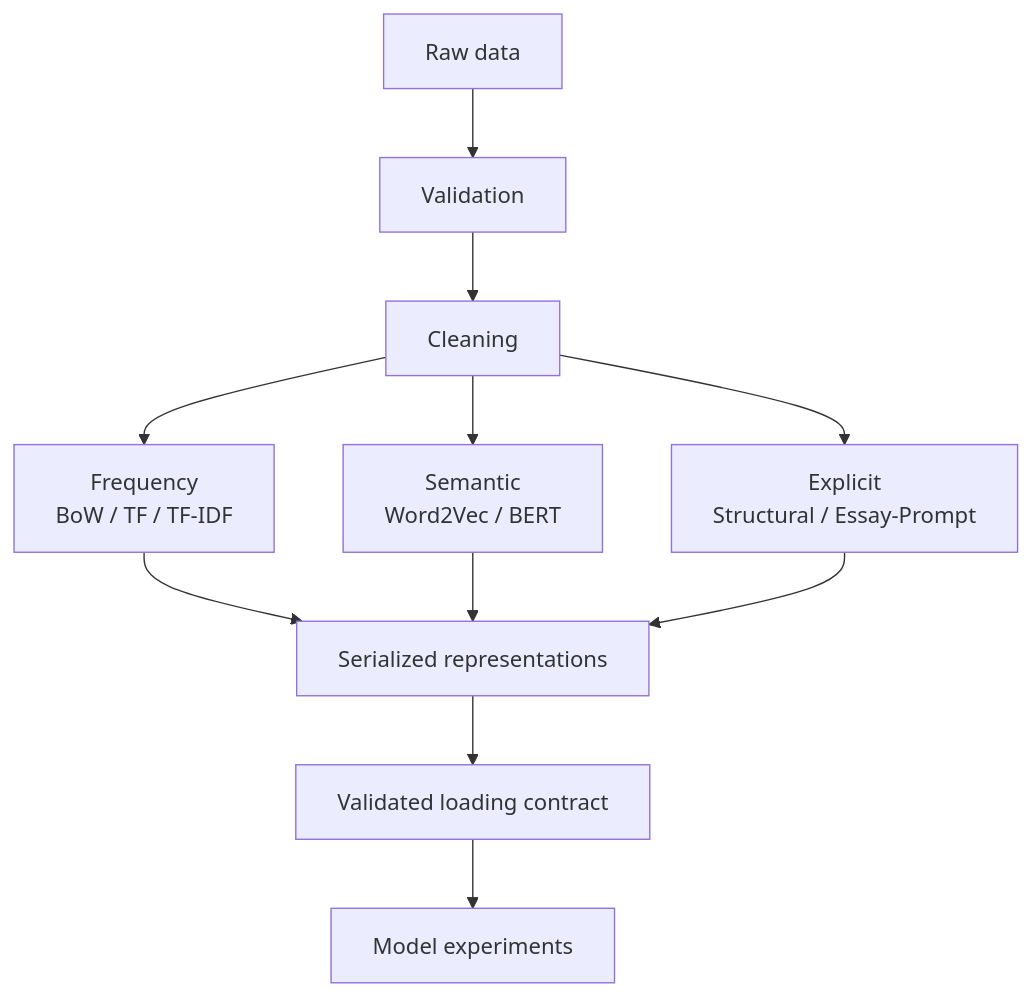
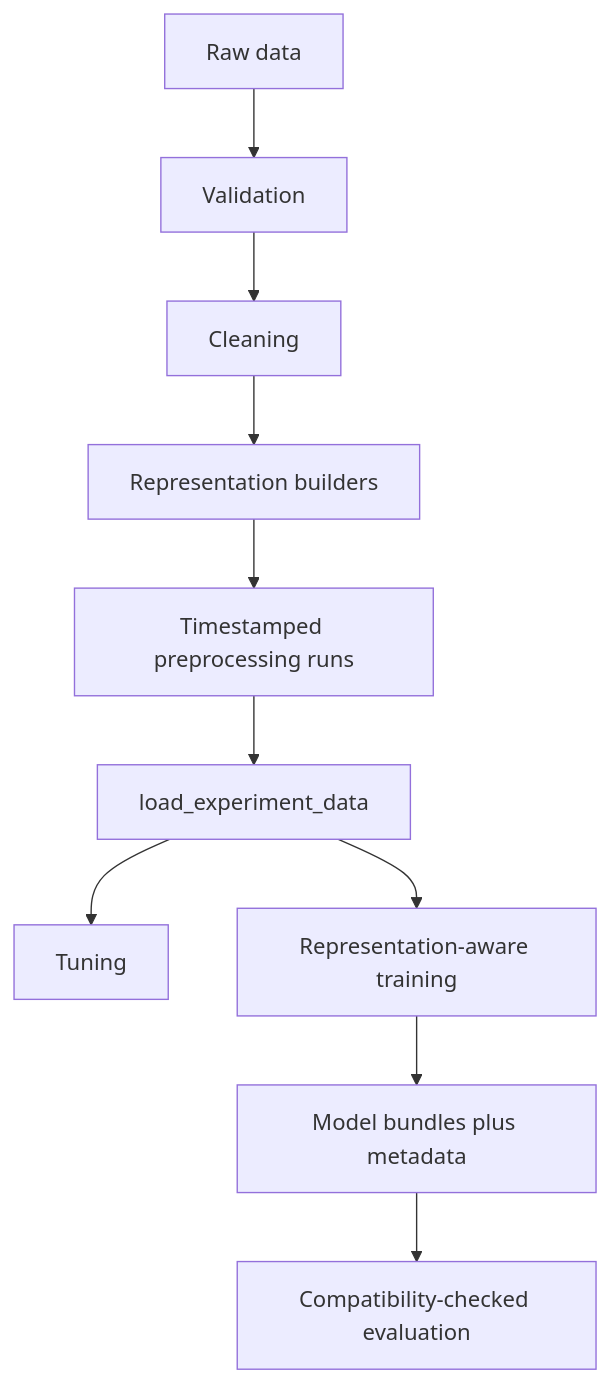
Before and after one commit to danilodepadua/projetodemineracaodetexto: the diagram in docs/architecture.md, drawn with Mermaid. The commit also changed other lines of this file and 12 other files, not shown here.

````diff
--- a/docs/architecture.md
+++ b/docs/architecture.md
@@ -3,13 +3,12 @@
 ```mermaid
 flowchart TD
     raw[Raw data] --> validation[Validation]
     validation --> cleaning[Cleaning]
-    cleaning --> frequency[Frequency\nBoW / TF / TF-IDF]
-    cleaning --> semantic[Semantic\nWord2Vec / BERT]
-    cleaning --> explicit[Explicit\nStructural / Essay-Prompt]
-    frequency --> artifacts[Serialized representations]
-    semantic --> artifacts
-    explicit --> artifacts
-    artifacts --> loader[Validated loading contract]
-    loader --> models[Model experiments]
+    cleaning --> representations[Representation builders]
+    representations --> runs[Timestamped preprocessing runs]
+    runs --> loader[load_experiment_data]
+    loader --> tuning[Tuning]
+    loader --> training[Representation-aware training]
+    training --> models[Model bundles plus metadata]
+    models --> evaluation[Compatibility-checked evaluation]
 ```
````
